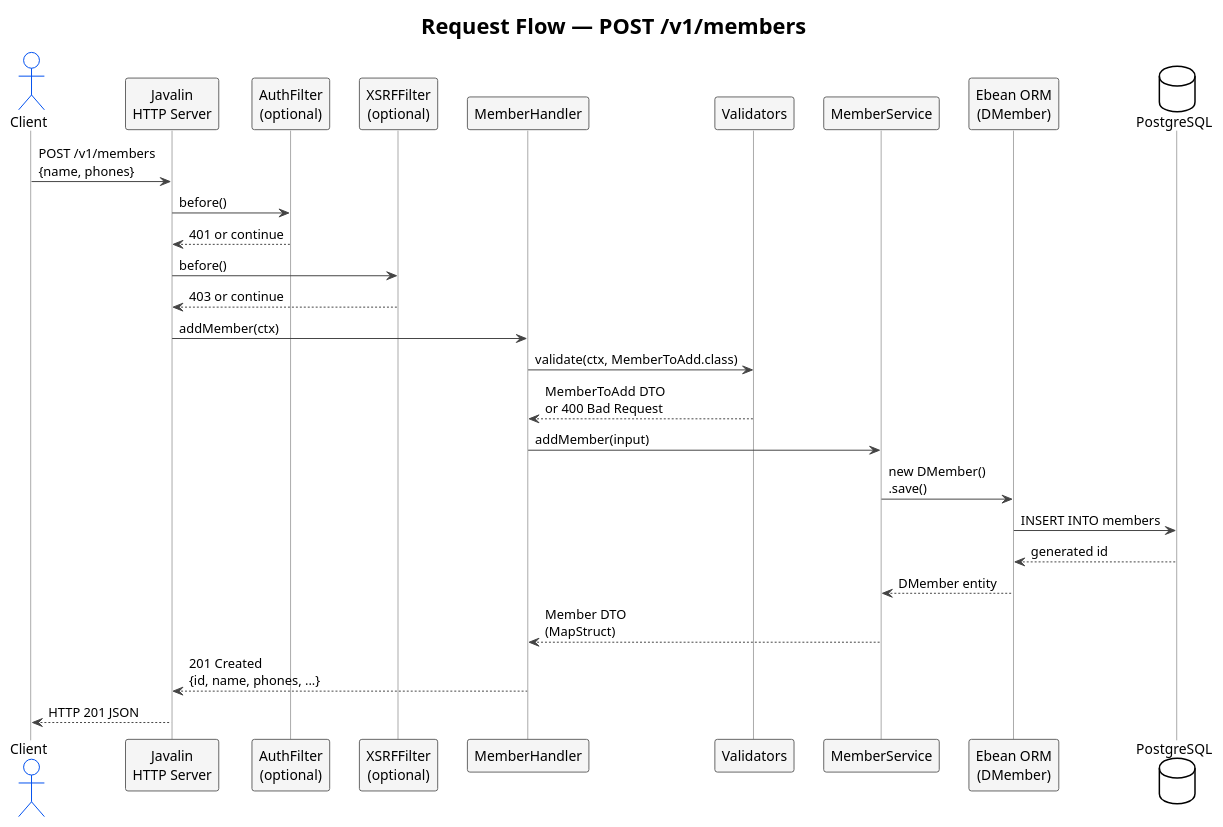
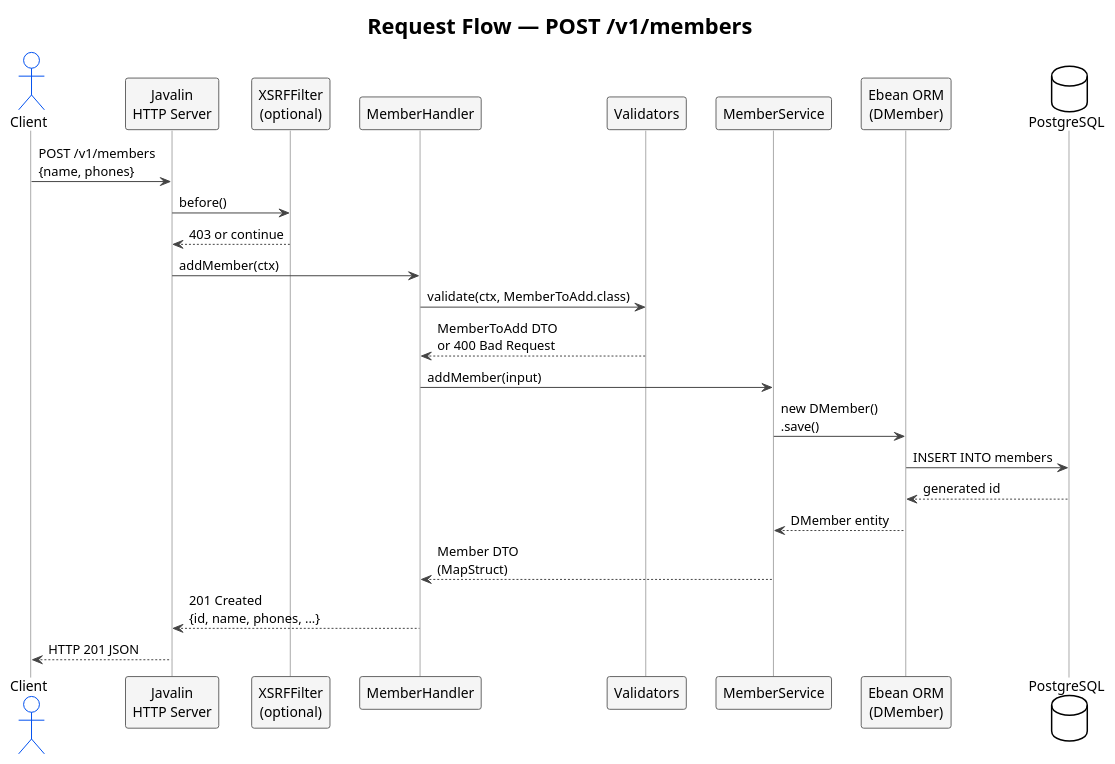
One commit to batzorigt/rest-api-template changed the fifth of 8 diagrams in ARCHITECTURE.md. Above: the diagram before and after it, drawn with PlantUML. The commit also changed other lines of this file and 6 other files, not shown here.

````diff
--- a/ARCHITECTURE.md
+++ b/ARCHITECTURE.md
@@ -250,42 +249,39 @@
 ```plantuml
 @startuml RequestFlow
 !theme plain
 skinparam sequence {
   ArrowColor #444444
   ActorBorderColor #0050ef
   LifeLineBorderColor #aaaaaa
   ParticipantBackgroundColor #f5f5f5
   ParticipantBorderColor #666666
 }
 
 title Request Flow — POST /v1/members
 
 actor "Client" as client
 participant "Javalin\nHTTP Server" as server
-participant "AuthFilter\n(optional)" as auth
 participant "XSRFFilter\n(optional)" as xsrf
 participant "MemberHandler" as handler
 participant "Validators" as validator
 participant "MemberService" as service
 participant "Ebean ORM\n(DMember)" as orm
 database "PostgreSQL" as db
 
 client -> server : POST /v1/members\n{name, phones}
-server -> auth : before()
-auth --> server : 401 or continue
 server -> xsrf : before()
 xsrf --> server : 403 or continue
 server -> handler : addMember(ctx)
 handler -> validator : validate(ctx, MemberToAdd.class)
 validator --> handler : MemberToAdd DTO\nor 400 Bad Request
 handler -> service : addMember(input)
 service -> orm : new DMember()\n.save()
 orm -> db : INSERT INTO members
 db --> orm : generated id
 orm --> service : DMember entity
 service --> handler : Member DTO\n(MapStruct)
 handler --> server : 201 Created\n{id, name, phones, ...}
 server --> client : HTTP 201 JSON
 
 @enduml
 ```
````
